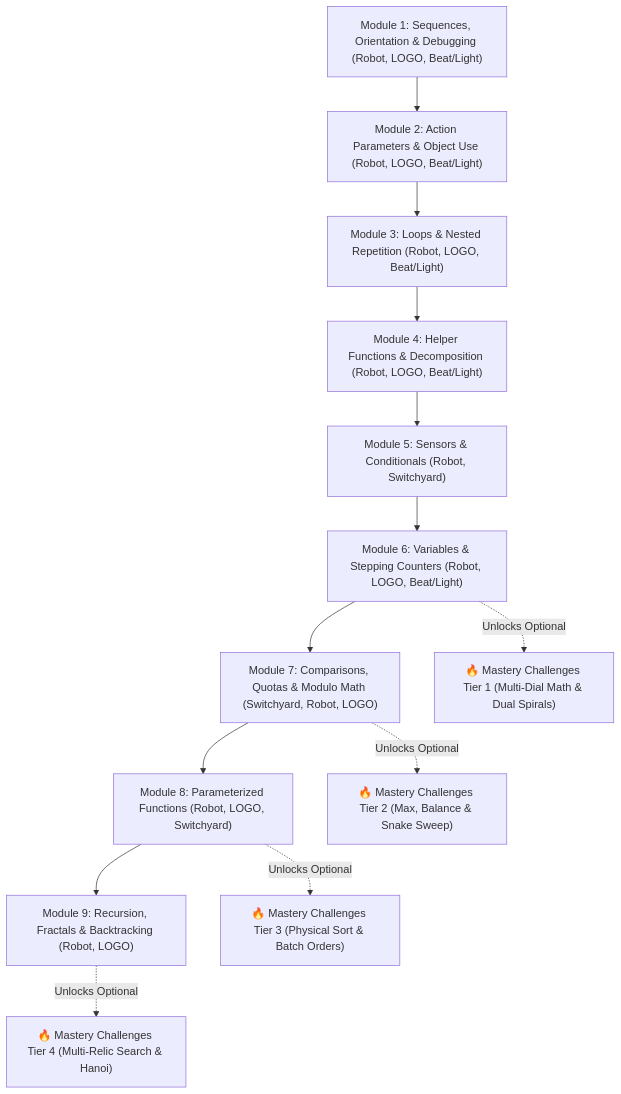
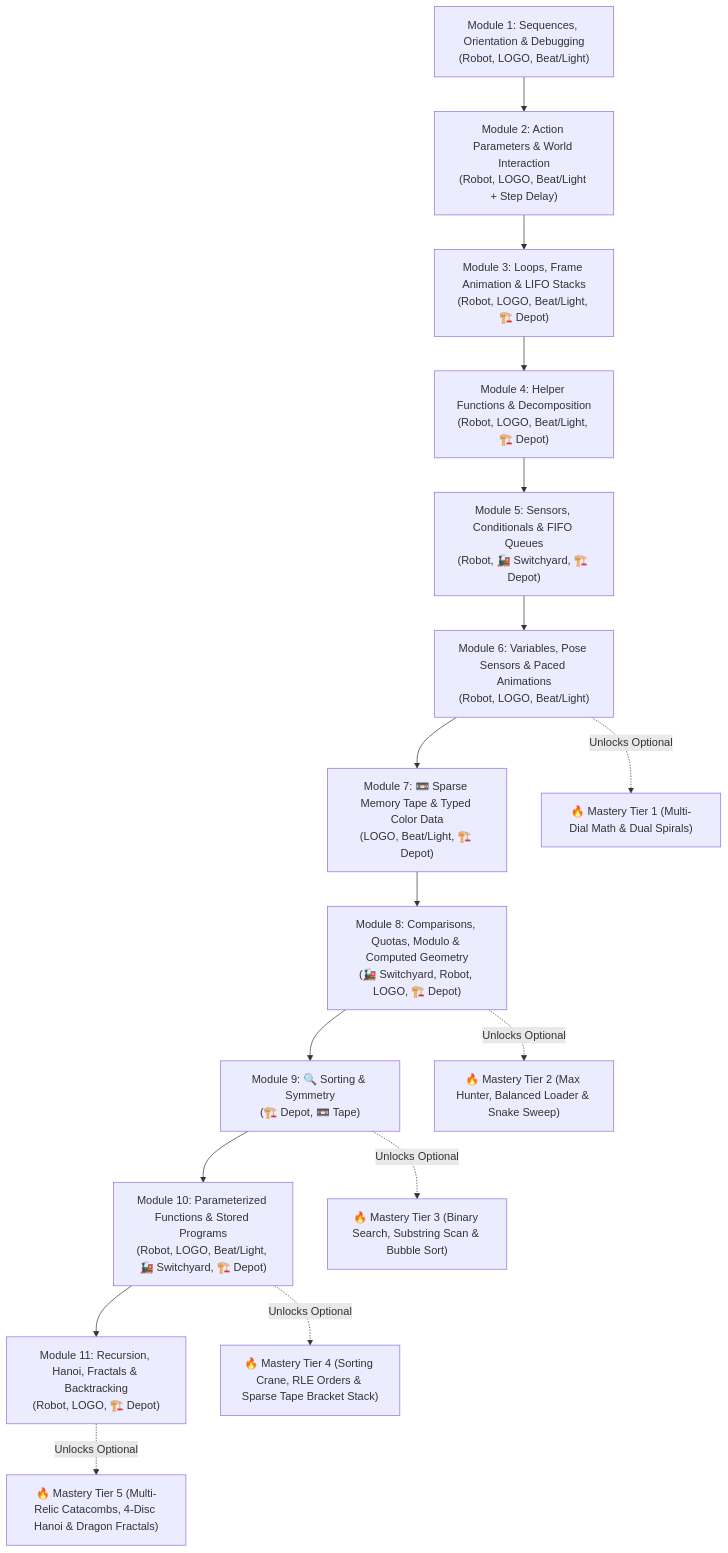
The diagram in docs/curriculum.md (Stilgar84/Coding4Kids), drawn with Mermaid before and after one commit. The commit also changed other lines of this file and 8 other files, not shown here.

````diff
--- a/docs/curriculum.md
+++ b/docs/curriculum.md
@@ -80,16 +83,19 @@
 ```mermaid
 flowchart TD
-    M1["Module 1: Sequences, Orientation & Debugging (Robot, LOGO, Beat/Light)"] --> M2["Module 2: Action Parameters & Object Use (Robot, LOGO, Beat/Light)"]
-    M2 --> M3["Module 3: Loops & Nested Repetition (Robot, LOGO, Beat/Light)"]
-    M3 --> M4["Module 4: Helper Functions & Decomposition (Robot, LOGO, Beat/Light)"]
-    M4 --> M5["Module 5: Sensors & Conditionals (Robot, Switchyard)"]
-    M5 --> M6["Module 6: Variables & Stepping Counters (Robot, LOGO, Beat/Light)"]
-    M6 --> M7["Module 7: Comparisons, Quotas & Modulo Math (Switchyard, Robot, LOGO)"]
-    M7 --> M8["Module 8: Parameterized Functions (Robot, LOGO, Switchyard)"]
-    M8 --> M9["Module 9: Recursion, Fractals & Backtracking (Robot, LOGO)"]
+    M1["Module 1: Sequences, Orientation & Debugging\n(Robot, LOGO, Beat/Light)"] --> M2["Module 2: Action Parameters & World Interaction\n(Robot, LOGO, Beat/Light + Step Delay)"]
+    M2 --> M3["Module 3: Loops, Frame Animation & LIFO Stacks\n(Robot, LOGO, Beat/Light, 🏗️ Depot)"]
+    M3 --> M4["Module 4: Helper Functions & Decomposition\n(Robot, LOGO, Beat/Light, 🏗️ Depot)"]
+    M4 --> M5["Module 5: Sensors, Conditionals & FIFO Queues\n(Robot, 🚂 Switchyard, 🏗️ Depot)"]
+    M5 --> M6["Module 6: Variables, Pose Sensors & Paced Animations\n(Robot, LOGO, Beat/Light)"]
+    M6 --> M7["Module 7: 📼 Sparse Memory Tape & Typed Color Data\n(LOGO, Beat/Light, 🏗️ Depot)"]
+    M7 --> M8["Module 8: Comparisons, Quotas, Modulo & Computed Geometry\n(🚂 Switchyard, Robot, LOGO, 🏗️ Depot)"]
+    M8 --> M9["Module 9: 🔍 Sorting & Symmetry\n(🏗️ Depot, 📼 Tape)"]
+    M9 --> M10["Module 10: Parameterized Functions & Stored Programs\n(Robot, LOGO, Beat/Light, 🚂 Switchyard, 🏗️ Depot)"]
+    M10 --> M11["Module 11: Recursion, Hanoi, Fractals & Backtracking\n(Robot, LOGO, 🏗️ Depot)"]
 
-    M6 -. "Unlocks Optional" .-> C1["🔥 Mastery Challenges Tier 1 (Multi-Dial Math & Dual Spirals)"]
-    M7 -. "Unlocks Optional" .-> C2["🔥 Mastery Challenges Tier 2 (Max, Balance & Snake Sweep)"]
-    M8 -. "Unlocks Optional" .-> C3["🔥 Mastery Challenges Tier 3 (Physical Sort & Batch Orders)"]
-    M9 -. "Unlocks Optional" .-> C4["🔥 Mastery Challenges Tier 4 (Multi-Relic Search & Hanoi)"]
+    M6 -. "Unlocks Optional" .-> C1["🔥 Mastery Tier 1 (Multi-Dial Math & Dual Spirals)"]
+    M8 -. "Unlocks Optional" .-> C2["🔥 Mastery Tier 2 (Max Hunter, Balanced Loader & Snake Sweep)"]
+    M9 -. "Unlocks Optional" .-> C3["🔥 Mastery Tier 3 (Binary Search, Substring Scan & Bubble Sort)"]
+    M10 -. "Unlocks Optional" .-> C4["🔥 Mastery Tier 4 (Sorting Crane, RLE Orders & Sparse Tape Bracket Stack)"]
+    M11 -. "Unlocks Optional" .-> C5["🔥 Mastery Tier 5 (Multi-Relic Catacombs, 4-Disc Hanoi & Dragon Fractals)"]
 ```
````
